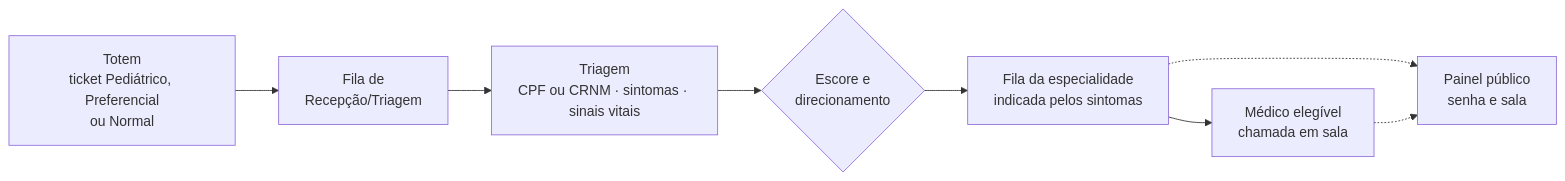
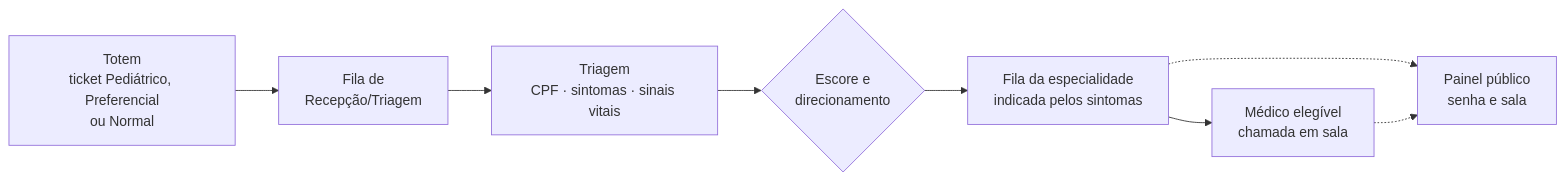
The first of 2 diagrams in README.md (leonardo-sferreira/ps-fila-prioritaria), drawn with Mermaid before and after one commit. The commit also changed other lines of this file and 6 other files, not shown here.

````diff
--- a/README.md
+++ b/README.md
@@ -38,10 +38,10 @@
 ```mermaid
 flowchart LR
     A[Totem<br/>ticket Pediátrico, Preferencial<br/>ou Normal] --> B[Fila de<br/>Recepção/Triagem]
-    B --> C[Triagem<br/>CPF ou CRNM · sintomas · sinais vitais]
+    B --> C[Triagem<br/>CPF · sintomas · sinais vitais]
     C --> D{Escore e<br/>direcionamento}
     D --> E[Fila da especialidade<br/>indicada pelos sintomas]
     E --> F[Médico elegível<br/>chamada em sala]
     E -.-> G[Painel público<br/>senha e sala]
     F -.-> G
 ```
````
